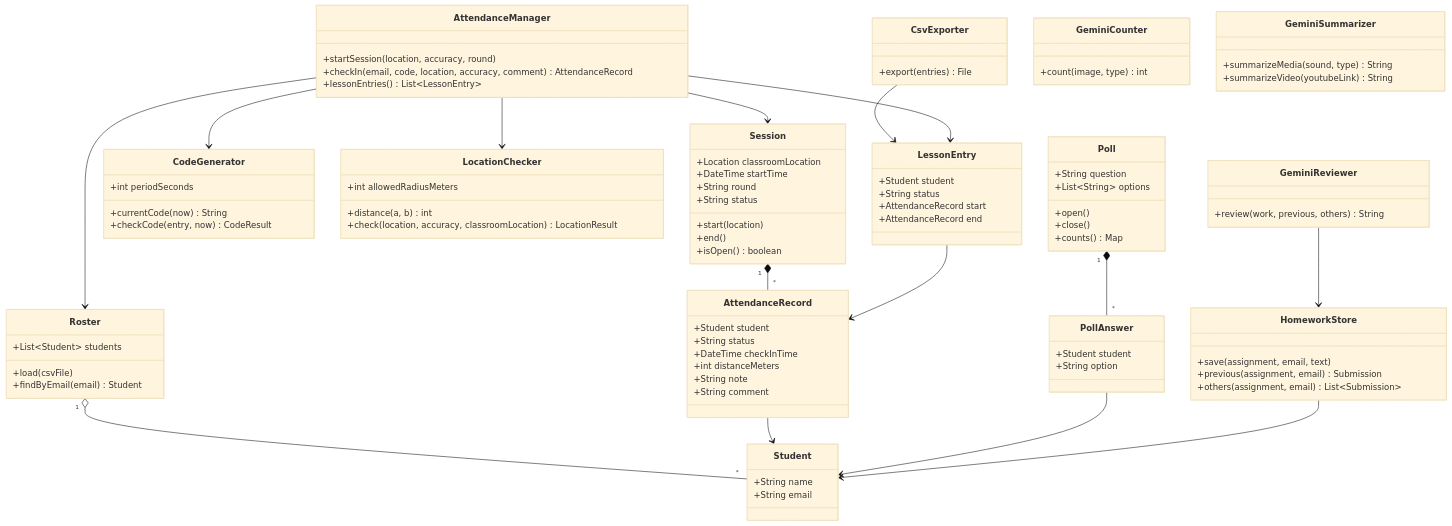
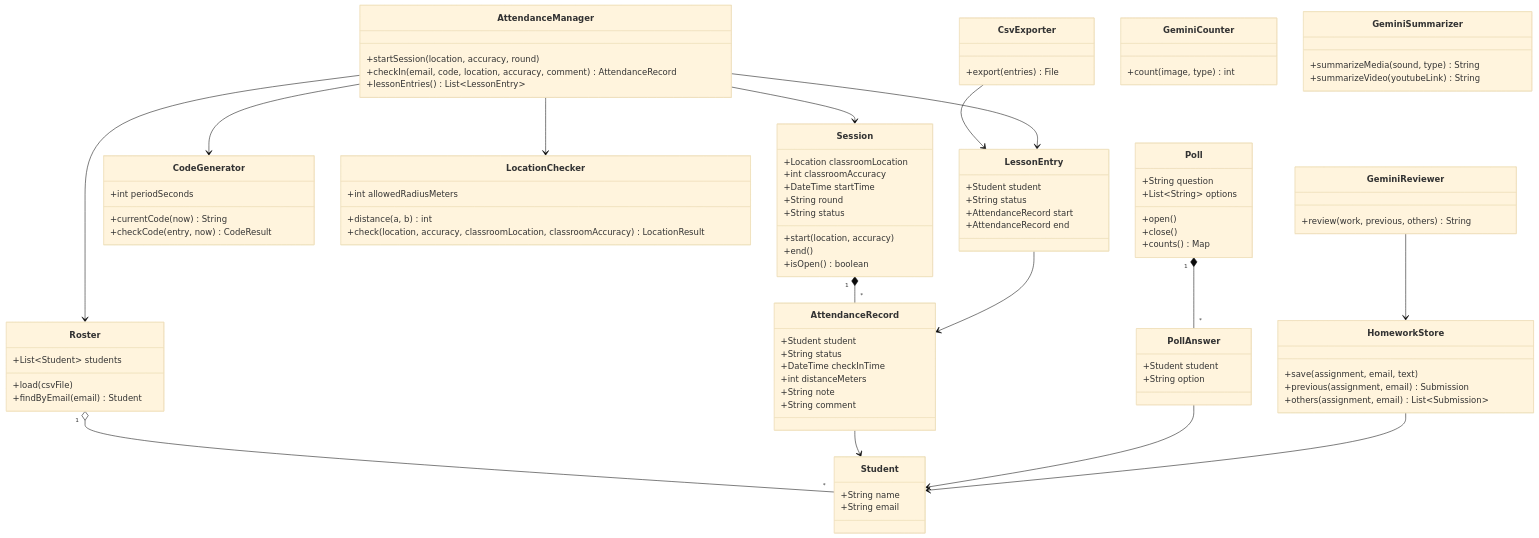
Before and after one commit to Maycaspi110/Class_Attendance: the first of 6 diagrams in diagrams.md, drawn with Mermaid (base theme). The commit also changed other lines of this file and 4 other files, not shown here.

```diff
--- a/diagrams.md
+++ b/diagrams.md
@@ -21,10 +21,11 @@
   }
   class Session {
     +Location classroomLocation
+    +int classroomAccuracy
     +DateTime startTime
     +String round
     +String status
-    +start(location)
+    +start(location, accuracy)
     +end()
     +isOpen() boolean
   }
@@ -36,7 +37,7 @@
   class LocationChecker {
     +int allowedRadiusMeters
     +distance(a, b) int
-    +check(location, accuracy, classroomLocation) LocationResult
+    +check(location, accuracy, classroomLocation, classroomAccuracy) LocationResult
   }
   class AttendanceRecord {
     +Student student
```
